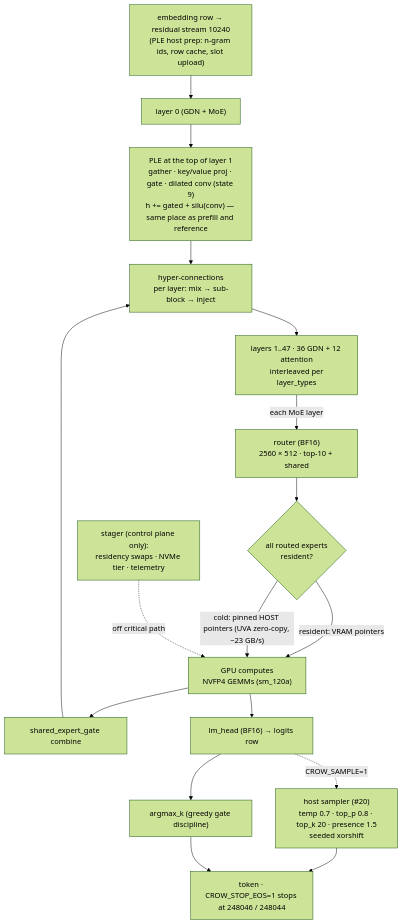
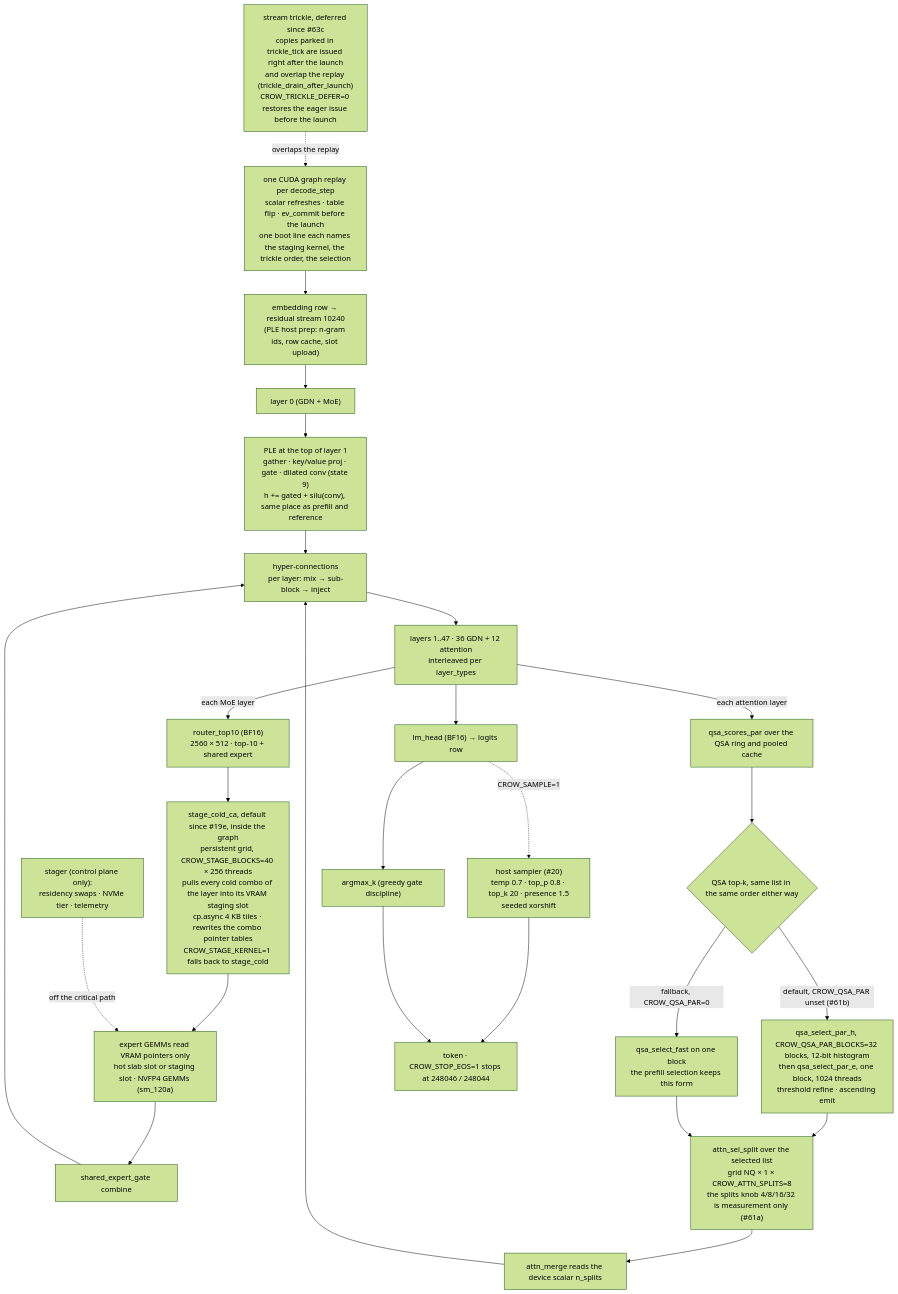
Before and after one commit to nibor1896/crow-nest: the second of 6 diagrams in docs/diagrams.md, drawn with Mermaid (forest theme). The commit also changed other lines of this file, not shown here.

````diff
--- a/docs/diagrams.md
+++ b/docs/diagrams.md
@@ -26,23 +29,26 @@
 ```mermaid
 flowchart TB
-    EMB["embedding row → residual stream 10240
-(PLE host prep: n-gram ids, row cache, slot upload)"] --> L0["layer 0 (GDN + MoE)"]
-    L0 --> PLE["PLE at the top of layer 1
-gather · key/value proj · gate · dilated conv (state 9)
-h += gated + silu(conv) — same place as prefill and reference"]
-    PLE --> HC["hyper-connections
-per layer: mix → sub-block → inject"]
-    HC --> LOOP["layers 1..47 · 36 GDN + 12 attention
- interleaved per layer_types"]
-    LOOP -->|each MoE layer| RT["router (BF16)\n2560 × 512 · top-10 + shared"]
-    RT --> RES{"all routed experts\nresident?"}
-    RES -->|"resident: VRAM pointers"| CMP["GPU computes\nNVFP4 GEMMs (sm_120a)"]
-    RES -->|"cold: pinned HOST pointers (UVA zero-copy, ~23 GB/s)"| CMP
-    CMP --> COMB["shared_expert_gate combine"] --> HC
-    STAGER["stager (control plane only):\nresidency swaps · NVMe tier · telemetry"] -.off critical path.-> CMP
-    CMP --> OUT["lm_head (BF16) → logits row"] --> ARG["argmax_k (greedy gate discipline)"]
-    OUT -.CROW_SAMPLE=1.-> SMP["host sampler (#20)
-temp 0.7 · top_p 0.8 · top_k 20 · presence 1.5
-seeded xorshift"] --> TOK["token · CROW_STOP_EOS=1 stops at 248046 / 248044"]
+    GRAPH["one CUDA graph replay per decode_step\nscalar refreshes · table flip · ev_commit before the launch\none boot line each names the staging kernel, the trickle order, the selection"]
+    TRICKLE["stream trickle, deferred since #63c\ncopies parked in trickle_tick are issued right after the launch\nand overlap the replay (trickle_drain_after_launch)\nCROW_TRICKLE_DEFER=0 restores the eager issue before the launch"]
+    GRAPH --> EMB["embedding row → residual stream 10240\n(PLE host prep: n-gram ids, row cache, slot upload)"]
+    TRICKLE -.overlaps the replay.-> GRAPH
+    EMB --> L0["layer 0 (GDN + MoE)"]
+    L0 --> PLE["PLE at the top of layer 1\ngather · key/value proj · gate · dilated conv (state 9)\nh += gated + silu(conv), same place as prefill and reference"]
+    PLE --> HC["hyper-connections\nper layer: mix → sub-block → inject"]
+    HC --> LOOP["layers 1..47 · 36 GDN + 12 attention\ninterleaved per layer_types"]
+    LOOP -->|each MoE layer| RT["router_top10 (BF16)\n2560 × 512 · top-10 + shared expert"]
+    RT --> STG["stage_cold_ca, default since #19e, inside the graph\npersistent grid, CROW_STAGE_BLOCKS=40 × 256 threads\npulls every cold combo of the layer into its VRAM staging slot\ncp.async 4 KB tiles · rewrites the combo pointer tables\nCROW_STAGE_KERNEL=1 falls back to stage_cold"]
+    STG --> GEMM["expert GEMMs read VRAM pointers only\nhot slab slot or staging slot · NVFP4 GEMMs (sm_120a)"]
+    GEMM --> COMB["shared_expert_gate combine"] --> HC
+    LOOP -->|each attention layer| QSC["qsa_scores_par over the QSA ring and pooled cache"]
+    QSC --> SEL{"QSA top-k, same list in the same order either way"}
+    SEL -->|"default, CROW_QSA_PAR unset (#61b)"| PARS["qsa_select_par_h, CROW_QSA_PAR_BLOCKS=32 blocks, 12-bit histogram\nthen qsa_select_par_e, one block, 1024 threads\nthreshold refine · ascending emit"]
+    SEL -->|"fallback, CROW_QSA_PAR=0"| FAST["qsa_select_fast on one block\nthe prefill selection keeps this form"]
+    PARS --> ATT["attn_sel_split over the selected list\ngrid NQ × 1 × CROW_ATTN_SPLITS=8\nthe splits knob 4/8/16/32 is measurement only (#61a)"]
+    FAST --> ATT
+    ATT --> MERG["attn_merge reads the device scalar n_splits"] --> HC
+    STAGER["stager (control plane only):\nresidency swaps · NVMe tier · telemetry"] -.off the critical path.-> GEMM
+    LOOP --> OUT["lm_head (BF16) → logits row"] --> ARG["argmax_k (greedy gate discipline)"]
+    OUT -.CROW_SAMPLE=1.-> SMP["host sampler (#20)\ntemp 0.7 · top_p 0.8 · top_k 20 · presence 1.5\nseeded xorshift"] --> TOK["token · CROW_STOP_EOS=1 stops at 248046 / 248044"]
     ARG --> TOK
 ```
````
